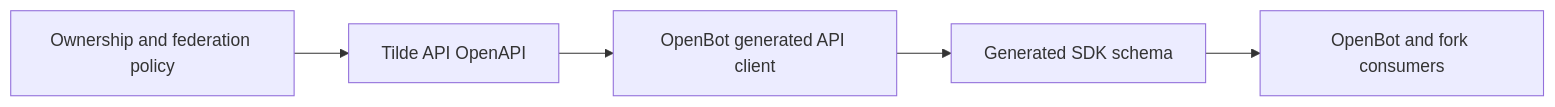
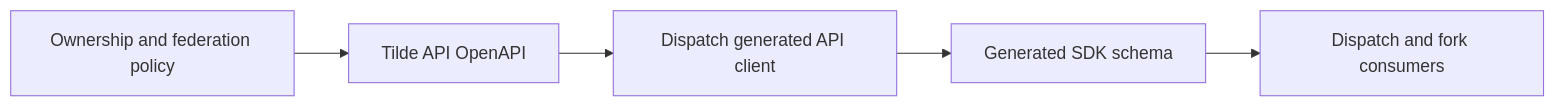
Before and after one commit to trytilde/dispatch: the diagram in docs/updates/85.md, drawn with Mermaid. The commit also changed other lines of this file and 668 other files, not shown here.

````diff
--- a/docs/updates/85.md
+++ b/docs/updates/85.md
@@ -12,7 +12,7 @@
 ```mermaid
 flowchart LR
-    T[Tilde API OpenAPI] --> G[OpenBot generated API client]
+    T[Tilde API OpenAPI] --> G[Dispatch generated API client]
     G --> S[Generated SDK schema]
-    S --> C[OpenBot and fork consumers]
+    S --> C[Dispatch and fork consumers]
     O[Ownership and federation policy] --> T
 ```
````
